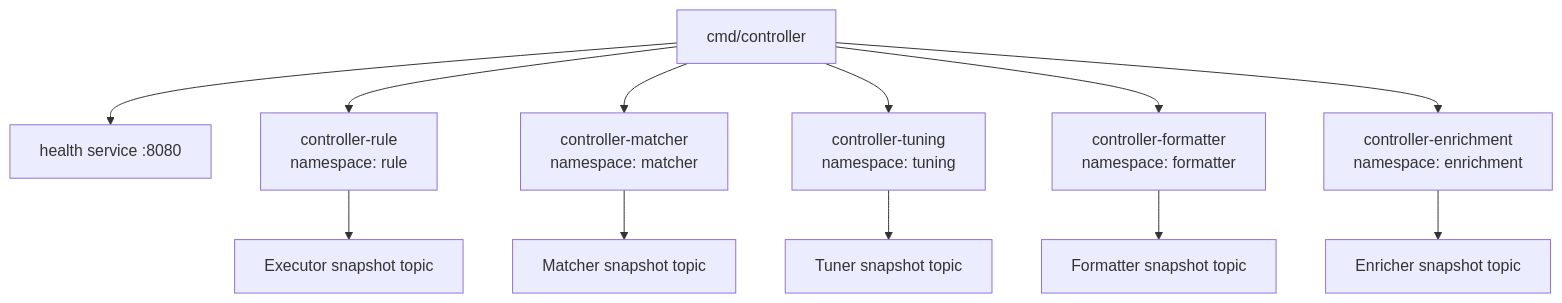
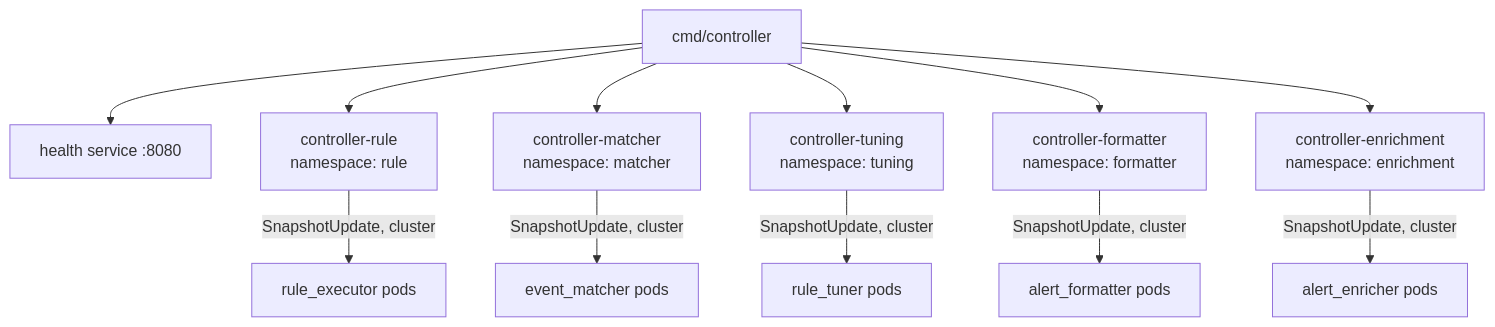
Before and after one commit to HarishHary/blink: the first of 2 diagrams in docs/services/controller.md, drawn with Mermaid. The commit also changed other lines of this file and 115 other files, not shown here.

````diff
--- a/docs/services/controller.md
+++ b/docs/services/controller.md
@@ -9,16 +9,16 @@
 ```mermaid
 flowchart TB
   main[cmd/controller]
   health[health service :8080]
   main --> rule[controller-rule\nnamespace: rule]
   main --> matcher[controller-matcher\nnamespace: matcher]
   main --> tuning[controller-tuning\nnamespace: tuning]
   main --> formatter[controller-formatter\nnamespace: formatter]
   main --> enrichment[controller-enrichment\nnamespace: enrichment]
   main --> health
-  rule --> ruleTopic[Executor snapshot topic]
-  matcher --> matcherTopic[Matcher snapshot topic]
-  tuning --> tuningTopic[Tuner snapshot topic]
-  formatter --> formatterTopic[Formatter snapshot topic]
-  enrichment --> enrichmentTopic[Enricher snapshot topic]
+  rule -->|SnapshotUpdate, cluster| ruleExecutors[rule_executor pods]
+  matcher -->|SnapshotUpdate, cluster| matcherExecutors[event_matcher pods]
+  tuning -->|SnapshotUpdate, cluster| tuningExecutors[rule_tuner pods]
+  formatter -->|SnapshotUpdate, cluster| formatterExecutors[alert_formatter pods]
+  enrichment -->|SnapshotUpdate, cluster| enrichmentExecutors[alert_enricher pods]
 ```
````
